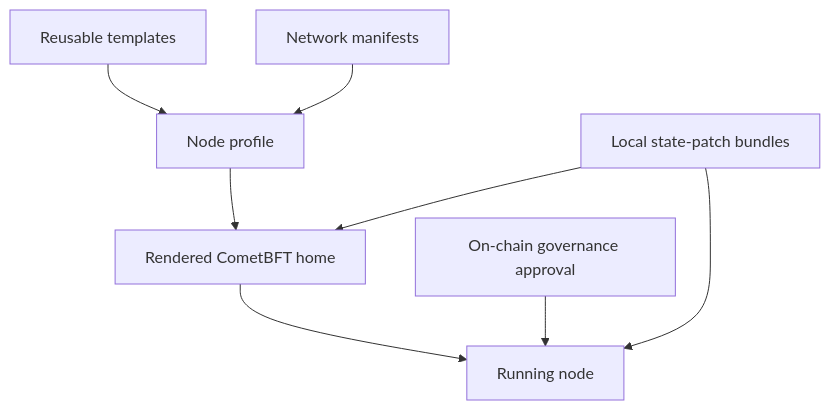
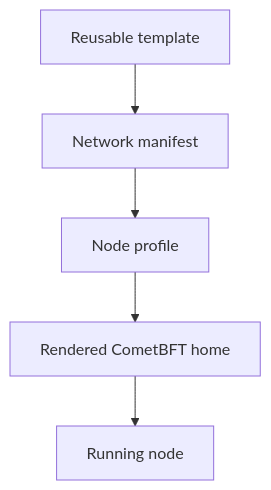
One commit to xian-technology/xian-docs-web changed the diagram in node/configuration.md. Above: the diagram before and after it, drawn with Mermaid. The commit also changed other lines of this file and 77 other files, not shown here.

````diff
--- a/node/configuration.md
+++ b/node/configuration.md
@@ -17,18 +9,7 @@
 ```mermaid
 flowchart TD
-  Templates["Reusable templates"]
-  Manifests["Network manifests"]
-  Profile["Node profile"]
-  Home["Rendered CometBFT home"]
-  Runtime["Running node"]
-  Patches["Local state-patch bundles"]
-  Governance["On-chain governance approval"]
-
-  Templates --> Profile
-  Manifests --> Profile
-  Profile --> Home
-  Home --> Runtime
-  Patches --> Home
-  Governance --> Runtime
-  Patches --> Runtime
+  Template["Reusable template"] --> Manifest["Network manifest"]
+  Manifest --> Profile["Node profile"]
+  Profile --> Home["Rendered CometBFT home"]
+  Home --> Runtime["Running node"]
 ```
````
